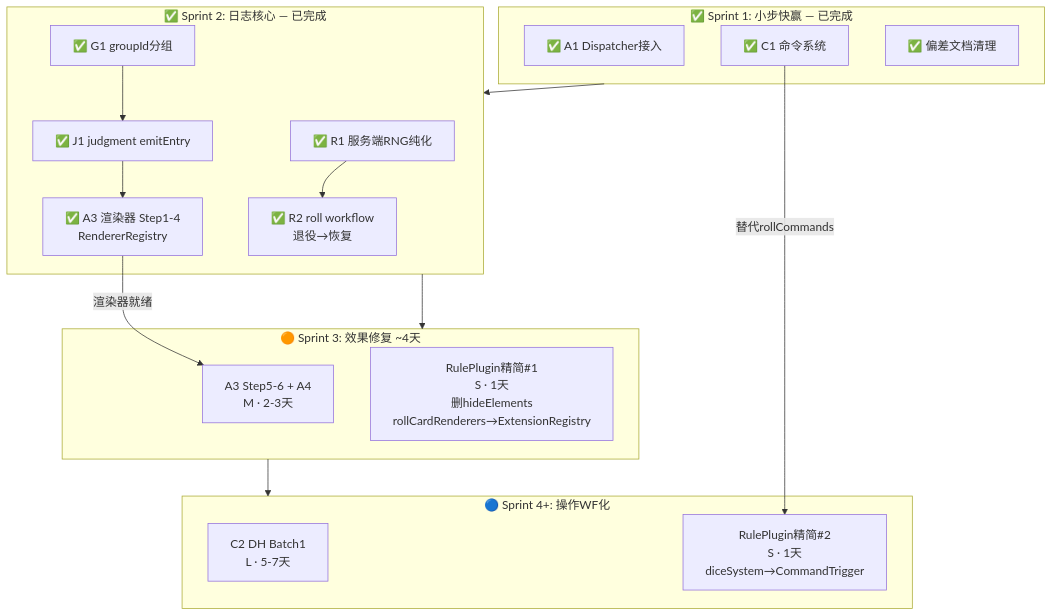
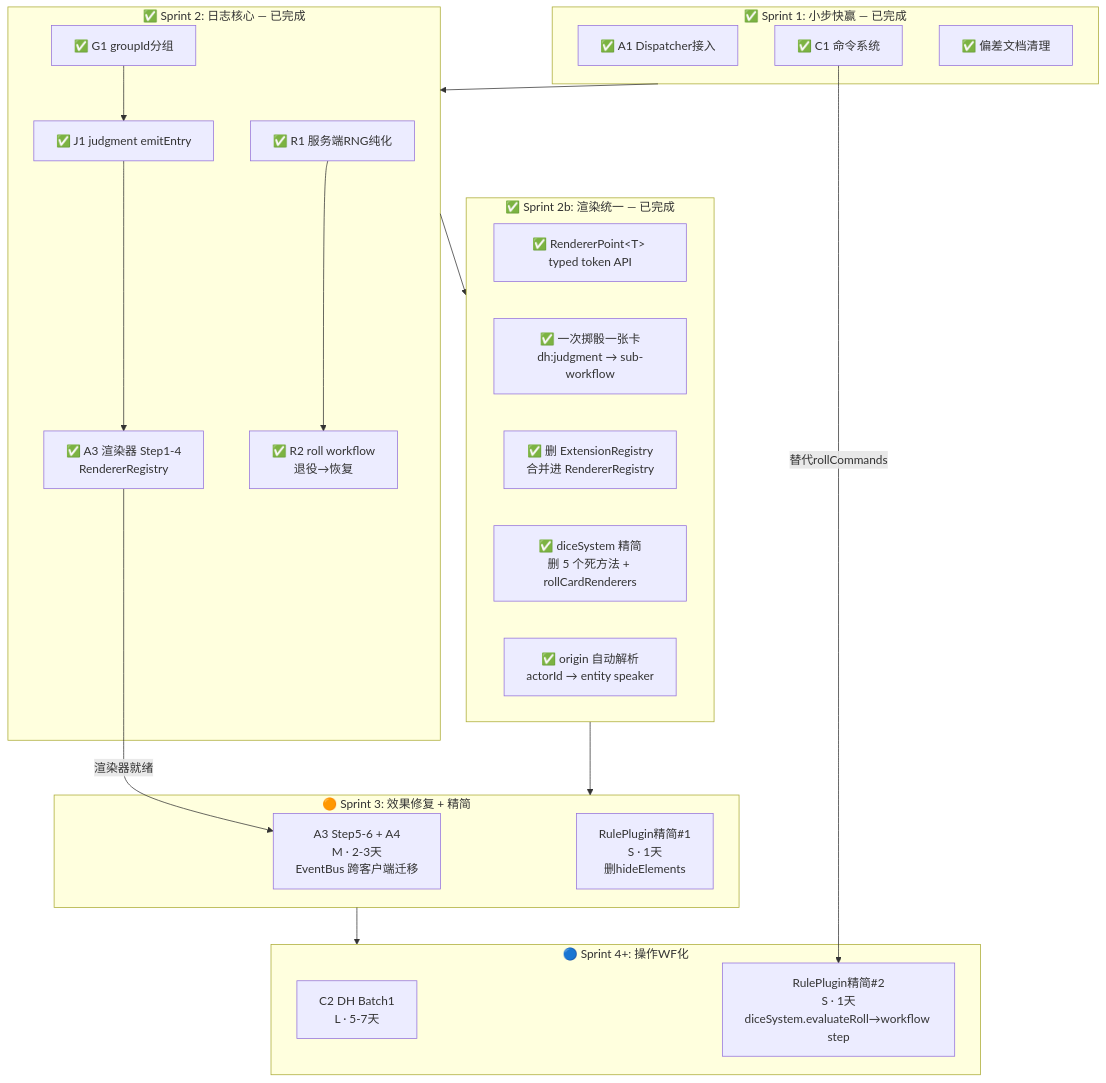
Diagram 15 of 18 in docs/design/17-插件系统演进路线.md (RidRisR/myVTT), drawn with Mermaid before and after one commit. The commit also changed other lines of this file and 4 other files, not shown here.

First line of the commit message:
docs: update roadmap and architecture for Sprint 2b completion

````diff
--- a/docs/design/17-插件系统演进路线.md
+++ b/docs/design/17-插件系统演进路线.md
@@ -576,34 +579,42 @@
 ```mermaid
 graph TD
     subgraph Sprint1["✅ Sprint 1: 小步快赢 — 已完成"]
         A1s["✅ A1 Dispatcher接入"]
         C1s["✅ C1 命令系统"]
         DOCs["✅ 偏差文档清理"]
     end
 
     subgraph Sprint2["✅ Sprint 2: 日志核心 — 已完成"]
         R1s["✅ R1 服务端RNG纯化"]
         G1s["✅ G1 groupId分组"]
         R2s["✅ R2 roll workflow<br/>退役→恢复"]
         J1s["✅ J1 judgment emitEntry"]
         A3as["✅ A3 渲染器 Step1-4<br/>RendererRegistry"]
     end
 
-    subgraph Sprint3["🟠 Sprint 3: 效果修复 ~4天"]
-        A3bs["A3 Step5-6 + A4<br/>M · 2-3天"]
-        RP1s["RulePlugin精简#1<br/>S · 1天<br/>删hideElements<br/>rollCardRenderers→ExtensionRegistry"]
+    subgraph Sprint2b["✅ Sprint 2b: 渲染统一 — 已完成"]
+        RU1["✅ RendererPoint&lt;T&gt; typed token API"]
+        RU2["✅ 一次掷骰一张卡<br/>dh:judgment → sub-workflow"]
+        RU3["✅ 删 ExtensionRegistry<br/>合并进 RendererRegistry"]
+        RU4["✅ diceSystem 精简<br/>删 5 个死方法 + rollCardRenderers"]
+        RU5["✅ origin 自动解析<br/>actorId → entity speaker"]
+    end
+
+    subgraph Sprint3["🟠 Sprint 3: 效果修复 + 精简"]
+        A3bs["A3 Step5-6 + A4<br/>M · 2-3天<br/>EventBus 跨客户端迁移"]
+        RP1s["RulePlugin精简#1<br/>S · 1天<br/>删hideElements"]
     end
 
     subgraph Sprint4["🔵 Sprint 4+: 操作WF化"]
         C2s["C2 DH Batch1<br/>L · 5-7天"]
-        RP2s["RulePlugin精简#2<br/>S · 1天<br/>diceSystem→CommandTrigger"]
+        RP2s["RulePlugin精简#2<br/>S · 1天<br/>diceSystem.evaluateRoll→workflow step"]
     end
 
-    Sprint1 --> Sprint2 --> Sprint3 --> Sprint4
+    Sprint1 --> Sprint2 --> Sprint2b --> Sprint3 --> Sprint4
 
     R1s --> R2s
     G1s --> J1s
     J1s --> A3as
     A3as -->|"渲染器就绪"| A3bs
     C1s -->|"替代rollCommands"| RP2s
 ```
````
